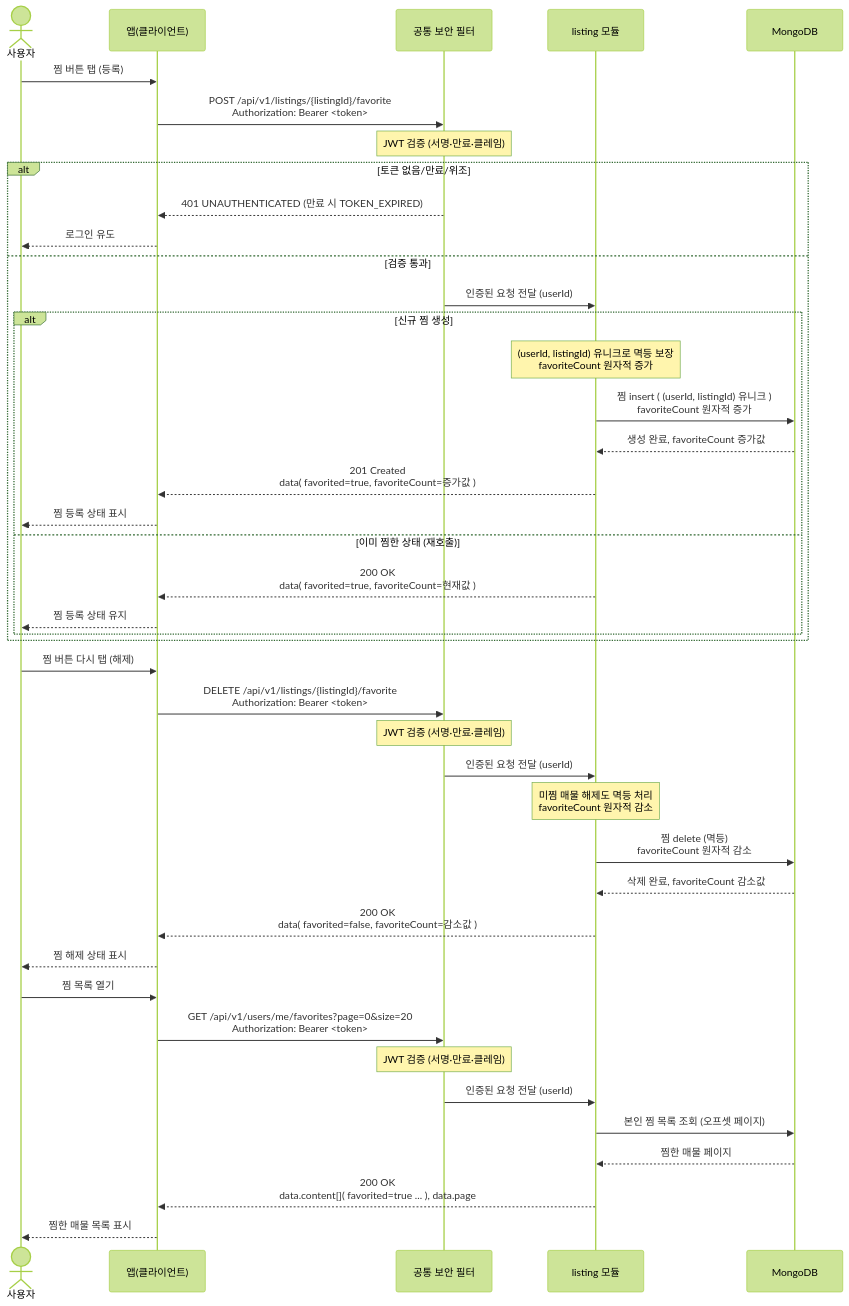
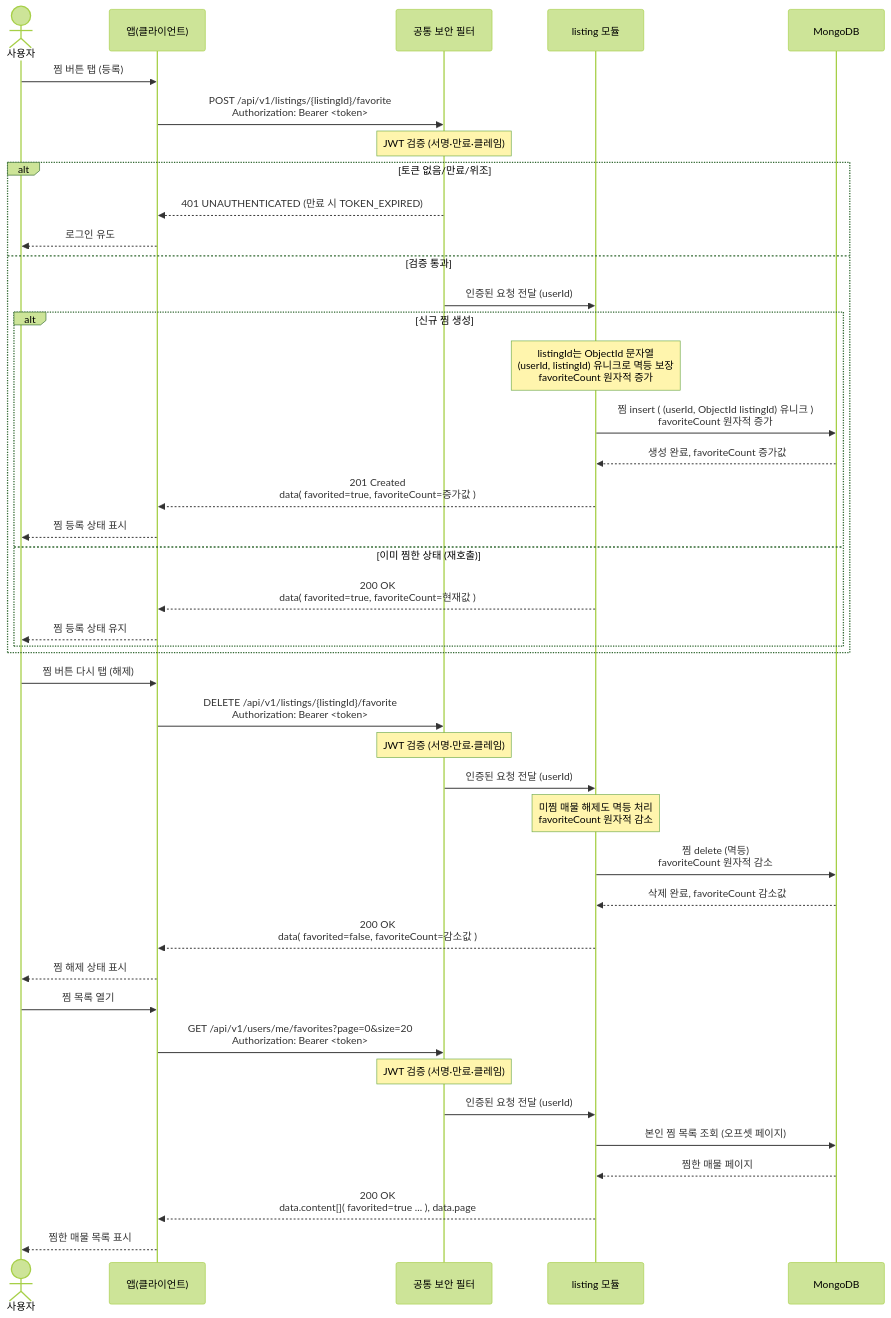
Before and after one commit to jameskim9509/Kohere-backend: the diagram in docs/architecture/sequence-diagrams/03-listings-favorites/us-3-5-favorite-toggle-list.md, drawn with Mermaid (forest theme). The commit also changed other lines of this file and 51 other files, not shown here.

````diff
--- a/docs/architecture/sequence-diagrams/03-listings-favorites/us-3-5-favorite-toggle-list.md
+++ b/docs/architecture/sequence-diagrams/03-listings-favorites/us-3-5-favorite-toggle-list.md
@@ -5,45 +5,45 @@
 ```mermaid
 sequenceDiagram
     actor U as 사용자
     participant C as 앱(클라이언트)
     participant SEC as 공통 보안 필터
     participant LIST as listing 모듈
     participant DB as MongoDB
 
     U->>C: 찜 버튼 탭 (등록)
     C->>SEC: POST /api/v1/listings/{listingId}/favorite<br/>Authorization: Bearer <token>
     Note over SEC: JWT 검증 (서명·만료·클레임)
     alt 토큰 없음/만료/위조
         SEC-->>C: 401 UNAUTHENTICATED (만료 시 TOKEN_EXPIRED)
         C-->>U: 로그인 유도
     else 검증 통과
         SEC->>LIST: 인증된 요청 전달 (userId)
         alt 신규 찜 생성
-            Note over LIST: (userId, listingId) 유니크로 멱등 보장<br/>favoriteCount 원자적 증가
-            LIST->>DB: 찜 insert ( (userId, listingId) 유니크 )<br/>favoriteCount 원자적 증가
+            Note over LIST: listingId는 ObjectId 문자열<br/>(userId, listingId) 유니크로 멱등 보장<br/>favoriteCount 원자적 증가
+            LIST->>DB: 찜 insert ( (userId, ObjectId listingId) 유니크 )<br/>favoriteCount 원자적 증가
             DB-->>LIST: 생성 완료, favoriteCount 증가값
             LIST-->>C: 201 Created<br/>data( favorited=true, favoriteCount=증가값 )
             C-->>U: 찜 등록 상태 표시
         else 이미 찜한 상태 (재호출)
             LIST-->>C: 200 OK<br/>data( favorited=true, favoriteCount=현재값 )
             C-->>U: 찜 등록 상태 유지
         end
     end
     U->>C: 찜 버튼 다시 탭 (해제)
     C->>SEC: DELETE /api/v1/listings/{listingId}/favorite<br/>Authorization: Bearer <token>
     Note over SEC: JWT 검증 (서명·만료·클레임)
     SEC->>LIST: 인증된 요청 전달 (userId)
     Note over LIST: 미찜 매물 해제도 멱등 처리<br/>favoriteCount 원자적 감소
     LIST->>DB: 찜 delete (멱등)<br/>favoriteCount 원자적 감소
     DB-->>LIST: 삭제 완료, favoriteCount 감소값
     LIST-->>C: 200 OK<br/>data( favorited=false, favoriteCount=감소값 )
     C-->>U: 찜 해제 상태 표시
     U->>C: 찜 목록 열기
     C->>SEC: GET /api/v1/users/me/favorites?page=0&size=20<br/>Authorization: Bearer <token>
     Note over SEC: JWT 검증 (서명·만료·클레임)
     SEC->>LIST: 인증된 요청 전달 (userId)
     LIST->>DB: 본인 찜 목록 조회 (오프셋 페이지)
     DB-->>LIST: 찜한 매물 페이지
     LIST-->>C: 200 OK<br/>data.content[]( favorited=true ... ), data.page
     C-->>U: 찜한 매물 목록 표시
 ```
````
